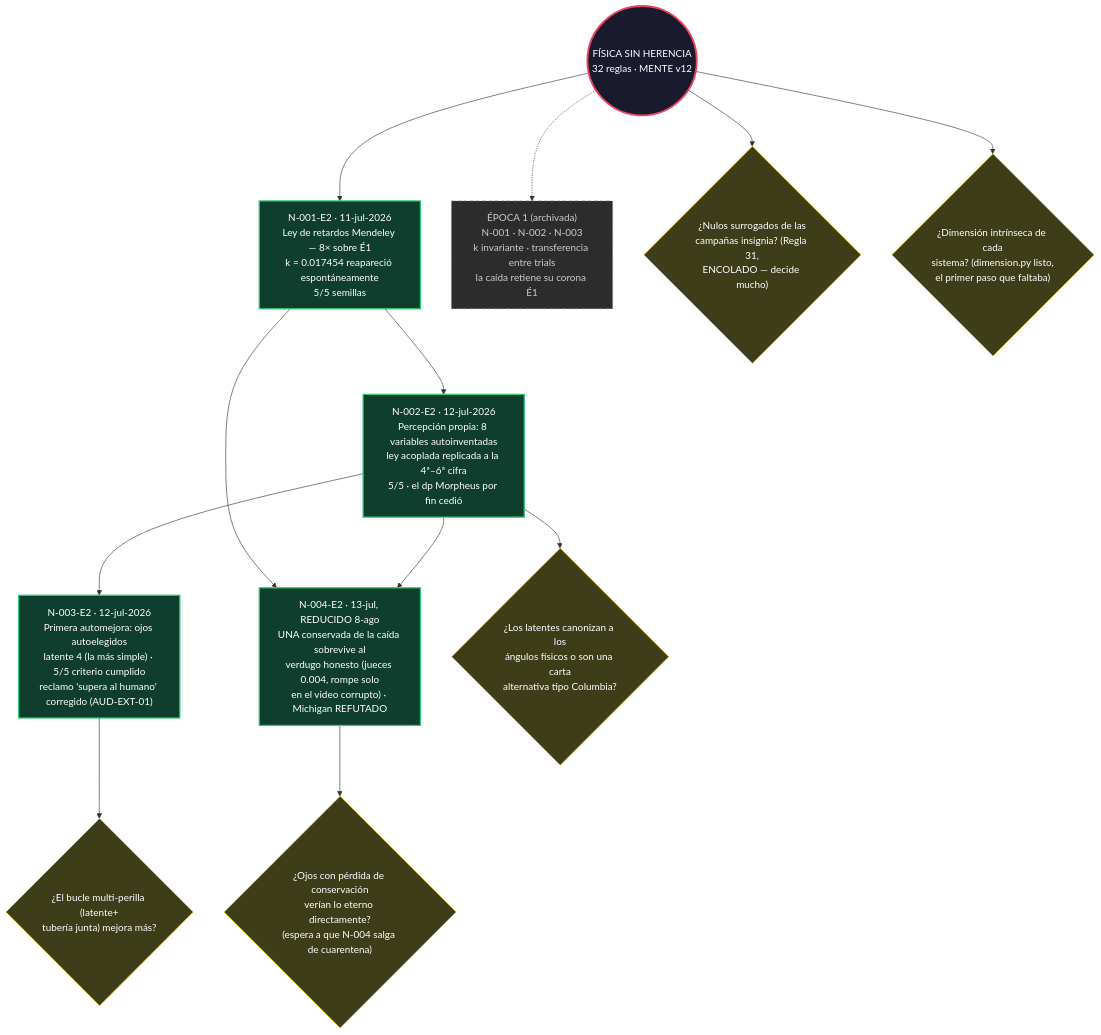
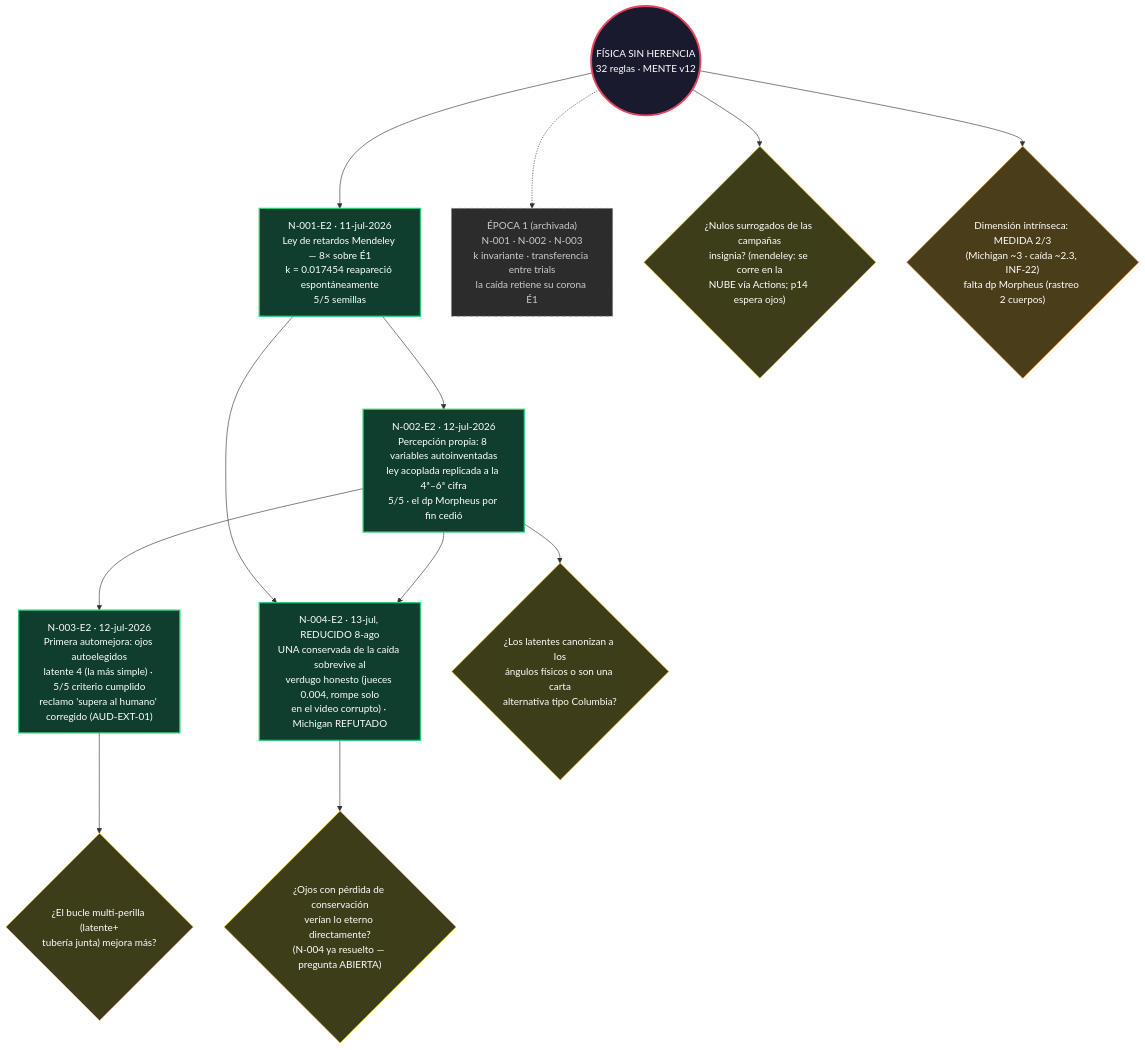
Before and after one commit to Leo-BRAVO/fisica-sin-herencia: the diagram in arbol/ARBOL.md, drawn with Mermaid.

Commit message:
Autoauditoria Regla 32 (pregunta del director sobre el registro): dos letreros viejos del arbol corregidos — P2 dimension intrinseca ya esta MEDIDA 2/3 (era 'listo, el paso que faltaba'), P1 refleja la via Actions, P4 ya no espera la cuarentena resuelta. Todo lo corrido en INFORME-22 estaba registrado (informe, nodo reescrito, cola, resumenes JSON, boleta, MENTE); solo el mapa visual tenia atraso.
Claude-Session: https://claude.ai/code/session_01QKyYe61EdAM1YywCch3Con

````diff
--- a/arbol/ARBOL.md
+++ b/arbol/ARBOL.md
@@ -6,35 +6,36 @@
 ```mermaid
 graph TD
     RAIZ(("FÍSICA SIN HERENCIA<br/>32 reglas · MENTE v12")):::raiz
 
     E2N001["N-001-E2 · 11-jul-2026<br/>Ley de retardos Mendeley — 8× sobre É1<br/>k = 0.017454 reapareció espontáneamente<br/>5/5 semillas"]:::nodo
     E2N002["N-002-E2 · 12-jul-2026<br/>Percepción propia: 8 variables autoinventadas<br/>ley acoplada replicada a la 4ª–6ª cifra<br/>5/5 · el dp Morpheus por fin cedió"]:::nodo
     E2N003["N-003-E2 · 12-jul-2026<br/>Primera automejora: ojos autoelegidos<br/>latente 4 (la más simple) · 5/5 criterio cumplido<br/>reclamo 'supera al humano' corregido (AUD-EXT-01)"]:::nodo
     E2N004["N-004-E2 · 13-jul, REDUCIDO 8-ago<br/>UNA conservada de la caída sobrevive al<br/>verdugo honesto (jueces 0.004, rompe solo<br/>en el video corrupto) · Michigan REFUTADO"]:::nodo
 
     E1["ÉPOCA 1 (archivada)<br/>N-001 · N-002 · N-003<br/>k invariante · transferencia entre trials<br/>la caída retiene su corona É1"]:::archivo
 
-    P1{"¿Nulos surrogados de las<br/>campañas insignia? (Regla 31,<br/>ENCOLADO — decide mucho)"}:::pregunta
-    P2{"¿Dimensión intrínseca de cada<br/>sistema? (dimension.py listo,<br/>el primer paso que faltaba)"}:::pregunta
+    P1{"¿Nulos surrogados de las campañas<br/>insignia? (mendeley: se corre en la<br/>NUBE vía Actions; p14 espera ojos)"}:::pregunta
+    P2{"Dimensión intrínseca: MEDIDA 2/3<br/>(Michigan ~3 · caída ~2.3, INF-22)<br/>falta dp Morpheus (rastreo 2 cuerpos)"}:::parcial
     P3{"¿Los latentes canonizan a los<br/>ángulos físicos o son una carta<br/>alternativa tipo Columbia?"}:::pregunta
-    P4{"¿Ojos con pérdida de conservación<br/>verían lo eterno directamente?<br/>(espera a que N-004 salga de cuarentena)"}:::pregunta
+    P4{"¿Ojos con pérdida de conservación<br/>verían lo eterno directamente?<br/>(N-004 ya resuelto — pregunta ABIERTA)"}:::pregunta
     P5{"¿El bucle multi-perilla (latente+<br/>tubería junta) mejora más?"}:::pregunta
 
     RAIZ --> E2N001
     RAIZ -.-> E1
     E2N001 --> E2N002
     E2N002 --> E2N003
     E2N001 --> E2N004
     E2N002 --> E2N004
     RAIZ --> P1
     RAIZ --> P2
     E2N002 --> P3
     E2N004 --> P4
     E2N003 --> P5
 
+    classDef parcial fill:#4a3d1a,stroke:#e67e22,color:#fff
     classDef raiz fill:#1a1a2e,stroke:#e94560,color:#fff,stroke-width:3px
     classDef nodo fill:#0f3d2e,stroke:#2ecc71,color:#fff,stroke-width:2px
     classDef cuarentena fill:#4a2d1a,stroke:#e67e22,color:#fff,stroke-width:2px
     classDef pregunta fill:#3d3d1a,stroke:#f1c40f,color:#fff
     classDef archivo fill:#2c2c2c,stroke:#7f8c8d,color:#ccc,stroke-dasharray: 5 5
 ```
````
